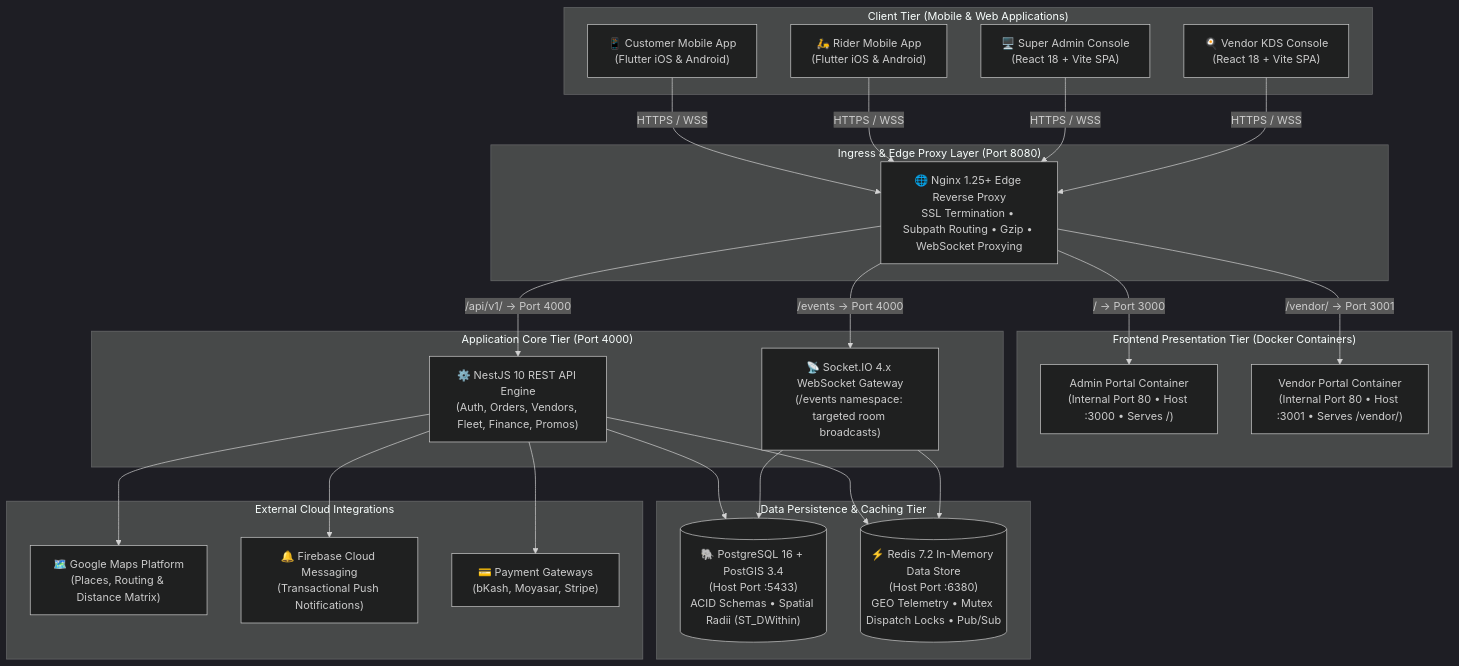
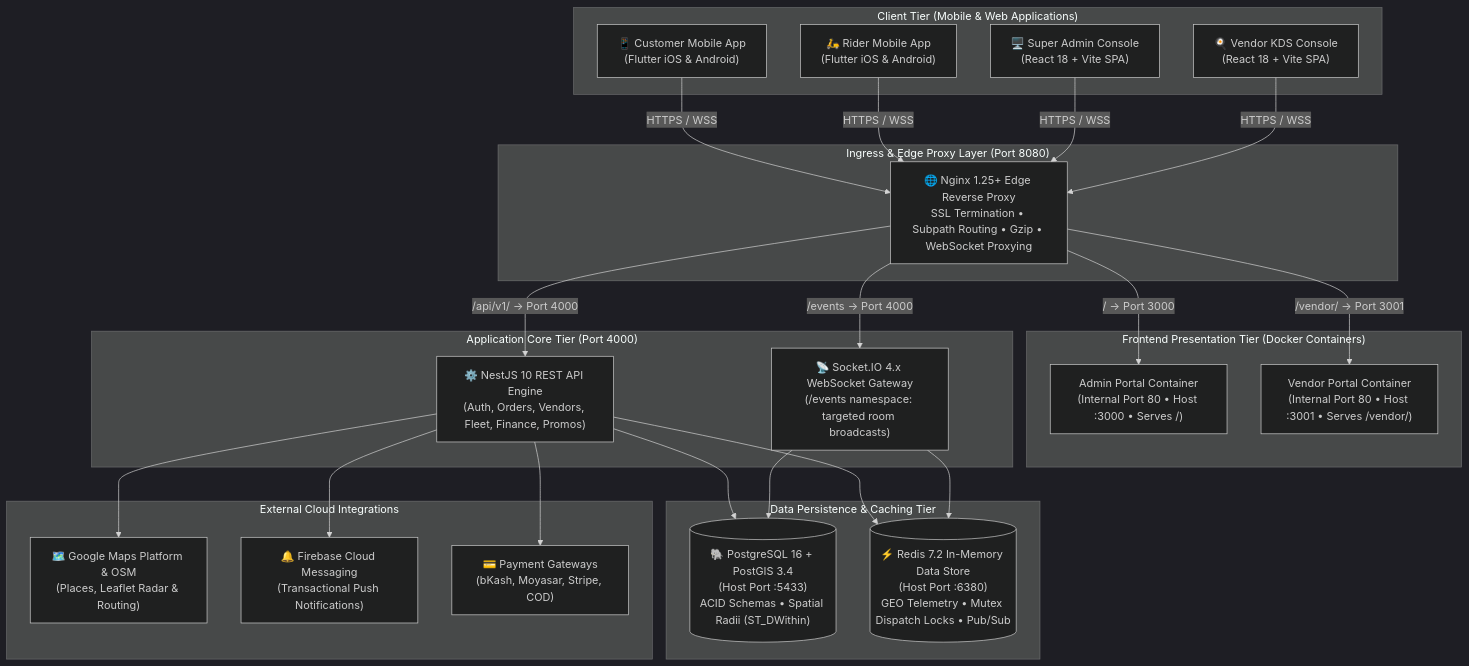
One commit to ihjohny/DeliveryOS changed the diagram in README.md. Above: the diagram before and after it, drawn with Mermaid (dark theme). The commit also changed other lines of this file and 14 other files, not shown here.

````diff
--- a/README.md
+++ b/README.md
@@ -90,55 +94,55 @@
 ```mermaid
 flowchart TD
     subgraph Clients["Client Tier (Mobile & Web Applications)"]
         CA["📱 Customer Mobile App<br/>(Flutter iOS & Android)"]
         RA["🛵 Rider Mobile App<br/>(Flutter iOS & Android)"]
         AP["🖥️ Super Admin Console<br/>(React 18 + Vite SPA)"]
         VP["🍳 Vendor KDS Console<br/>(React 18 + Vite SPA)"]
     end
 
     subgraph Edge["Ingress & Edge Proxy Layer (Port 8080)"]
         NGINX["🌐 Nginx 1.25+ Edge Reverse Proxy<br/>SSL Termination • Subpath Routing • Gzip • WebSocket Proxying"]
     end
 
     subgraph WebContainers["Frontend Presentation Tier (Docker Containers)"]
         AP_SVC["Admin Portal Container<br/>(Internal Port 80 • Host :3000 • Serves /)"]
         VP_SVC["Vendor Portal Container<br/>(Internal Port 80 • Host :3001 • Serves /vendor/)"]
     end
 
     subgraph AppTier["Application Core Tier (Port 4000)"]
         API["⚙️ NestJS 10 REST API Engine<br/>(Auth, Orders, Vendors, Fleet, Finance, Promos)"]
         WSS["📡 Socket.IO 4.x WebSocket Gateway<br/>(/events namespace: targeted room broadcasts)"]
     end
 
     subgraph DataTier["Data Persistence & Caching Tier"]
         PG[("🐘 PostgreSQL 16 + PostGIS 3.4<br/>(Host Port :5433)<br/>ACID Schemas • Spatial Radii (ST_DWithin)")]
         RD[("⚡ Redis 7.2 In-Memory Data Store<br/>(Host Port :6380)<br/>GEO Telemetry • Mutex Dispatch Locks • Pub/Sub")]
     end
 
     subgraph External["External Cloud Integrations"]
-        MAPS["🗺️ Google Maps Platform<br/>(Places, Routing & Distance Matrix)"]
+        MAPS["🗺️ Google Maps Platform & OSM<br/>(Places, Leaflet Radar & Routing)"]
         FCM["🔔 Firebase Cloud Messaging<br/>(Transactional Push Notifications)"]
-        PAY["💳 Payment Gateways<br/>(bKash, Moyasar, Stripe)"]
+        PAY["💳 Payment Gateways<br/>(bKash, Moyasar, Stripe, COD)"]
     end
 
     %% Client Ingress Traffic
     CA -->|HTTPS / WSS| NGINX
     RA -->|HTTPS / WSS| NGINX
     AP -->|HTTPS / WSS| NGINX
     VP -->|HTTPS / WSS| NGINX
 
     %% Ingress Reverse Proxying
     NGINX -->|/ -> Port 3000| AP_SVC
     NGINX -->|/vendor/ -> Port 3001| VP_SVC
     NGINX -->|/api/v1/ -> Port 4000| API
     NGINX -->|/events -> Port 4000| WSS
 
     %% Backend Service Connections
     API --> PG
     API --> RD
     WSS --> RD
     WSS --> PG
     API --> MAPS
     API --> FCM
     API --> PAY
 ```
````
